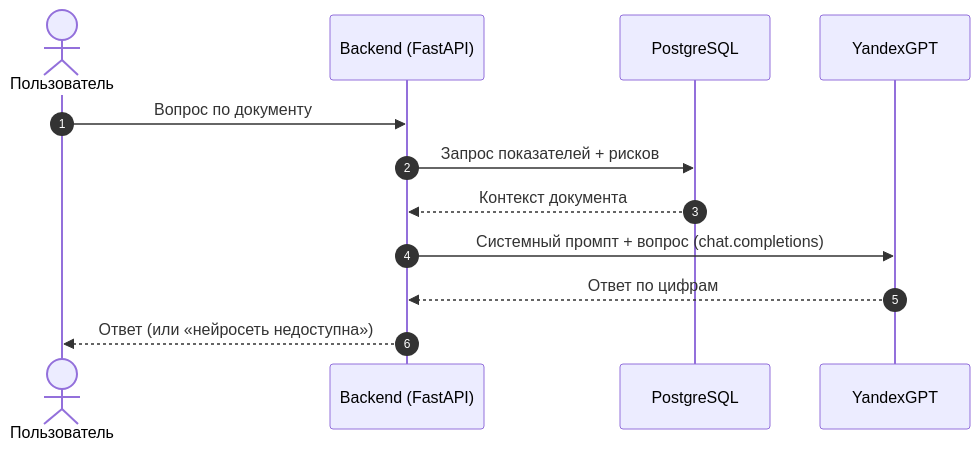
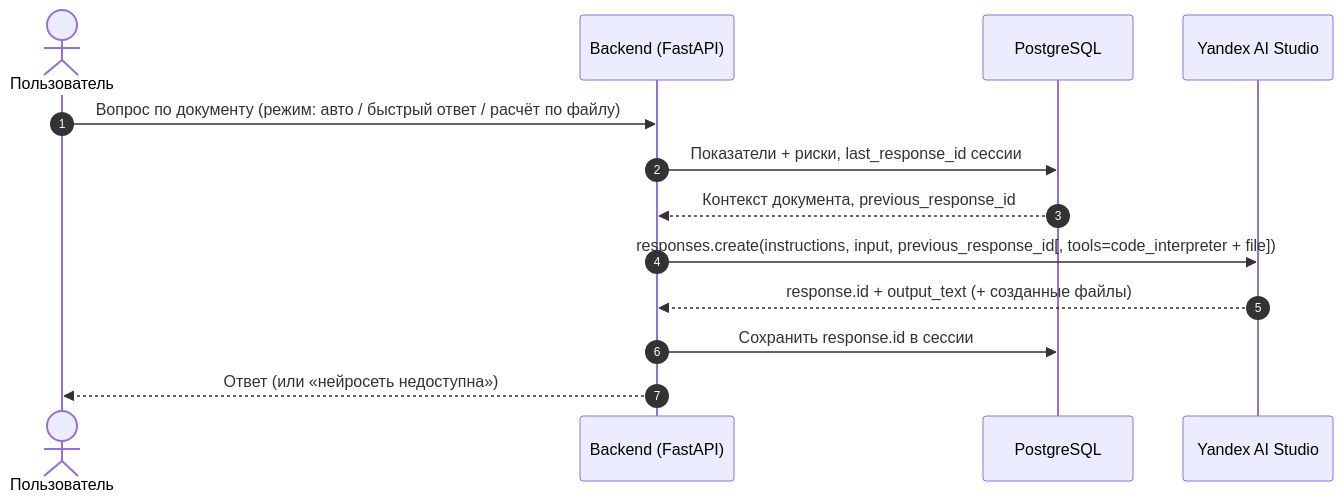
The third of 3 diagrams in README.md (Li-Natalia/neuro_auditor), drawn with Mermaid before and after one commit. The commit also changed other lines of this file and 1 other file, not shown here.

Commit message:
docs: README под Yandex AI Studio, режимы чата, LICENSE (MIT)

````diff
--- a/README.md
+++ b/README.md
@@ -60,14 +62,15 @@
 ```mermaid
 sequenceDiagram
     autonumber
     actor U as Пользователь
     participant BE as Backend (FastAPI)
     participant DB as PostgreSQL
-    participant LLM as YandexGPT
-    U->>BE: Вопрос по документу
-    BE->>DB: Запрос показателей + рисков
-    DB-->>BE: Контекст документа
-    BE->>LLM: Системный промпт + вопрос (chat.completions)
-    LLM-->>BE: Ответ по цифрам
+    participant AI as Yandex AI Studio
+    U->>BE: Вопрос по документу (режим: авто / быстрый ответ / расчёт по файлу)
+    BE->>DB: Показатели + риски, last_response_id сессии
+    DB-->>BE: Контекст документа, previous_response_id
+    BE->>AI: responses.create(instructions, input, previous_response_id[, tools=code_interpreter + file])
+    AI-->>BE: response.id + output_text (+ созданные файлы)
+    BE->>DB: Сохранить response.id в сессии
     BE-->>U: Ответ (или «нейросеть недоступна»)
 ```
````
